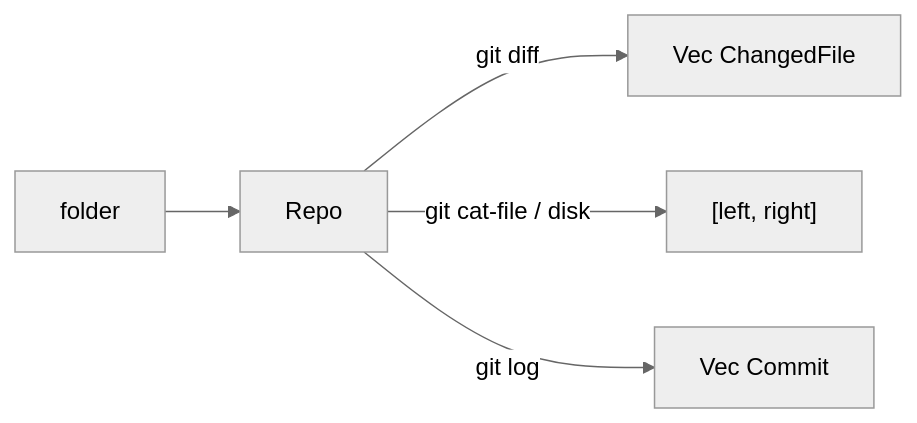
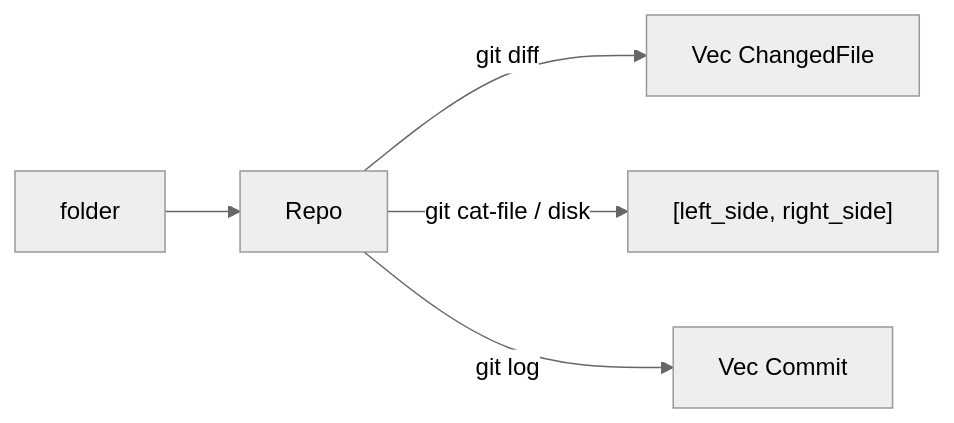
One commit to akemkers/jetdiff changed the diagram in crates/jetdiff-git/README.md. Above: the diagram before and after it, drawn with Mermaid (neutral theme). The commit also changed other lines of this file and 25 other files, not shown here.

````diff
--- a/crates/jetdiff-git/README.md
+++ b/crates/jetdiff-git/README.md
@@ -24,7 +24,7 @@
 ```mermaid
 graph LR
     dir[folder] --> repo[Repo]
     repo -- git diff --> files[Vec ChangedFile]
-    repo -- git cat-file / disk --> read["[left, right]"]
+    repo -- git cat-file / disk --> read["[left_side, right_side]"]
     repo -- git log --> commits[Vec Commit]
 ```
````
